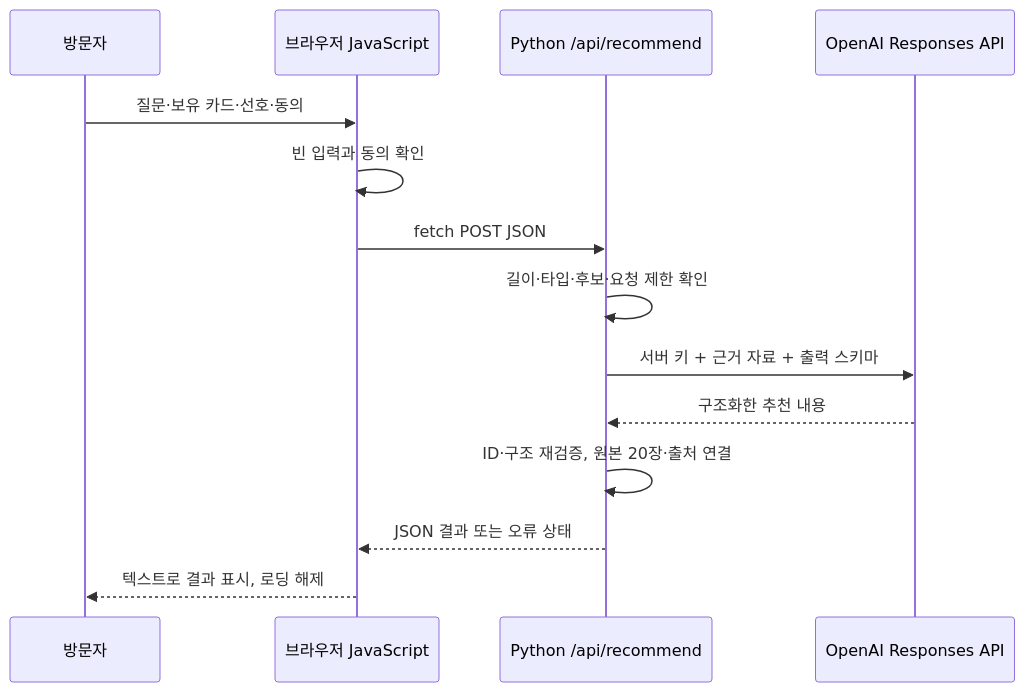
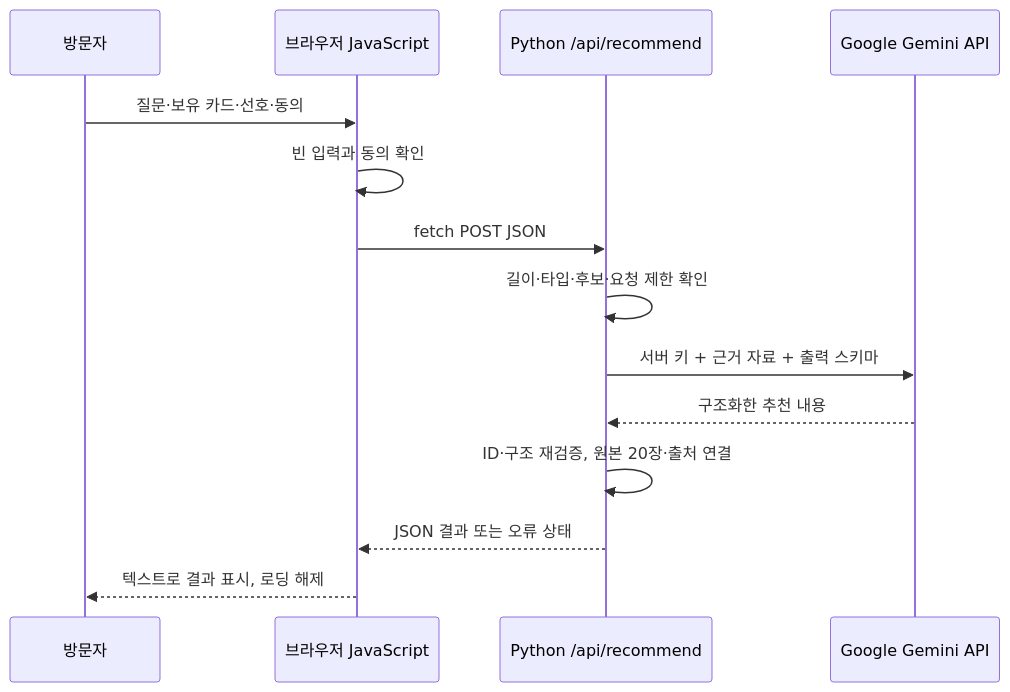
The diagram in docs/ARCHITECTURE.md (psh20721-ux/tcg-make), drawn with Mermaid before and after one commit. The commit also changed other lines of this file, not shown here.

Commit message:
AI 덱 상담을 Gemini로 전환: docs/ARCHITECTURE.md

````diff
--- a/docs/ARCHITECTURE.md
+++ b/docs/ARCHITECTURE.md
@@ -11,16 +11,16 @@
 ```mermaid
 sequenceDiagram
  participant U as 방문자
  participant J as 브라우저 JavaScript
  participant P as Python /api/recommend
- participant A as OpenAI Responses API
+ participant A as Google Gemini API
  U->>J: 질문·보유 카드·선호·동의
  J->>J: 빈 입력과 동의 확인
  J->>P: fetch POST JSON
  P->>P: 길이·타입·후보·요청 제한 확인
  P->>A: 서버 키 + 근거 자료 + 출력 스키마
  A-->>P: 구조화한 추천 내용
  P->>P: ID·구조 재검증, 원본 20장·출처 연결
  P-->>J: JSON 결과 또는 오류 상태
  J-->>U: 텍스트로 결과 표시, 로딩 해제
 ```
````
